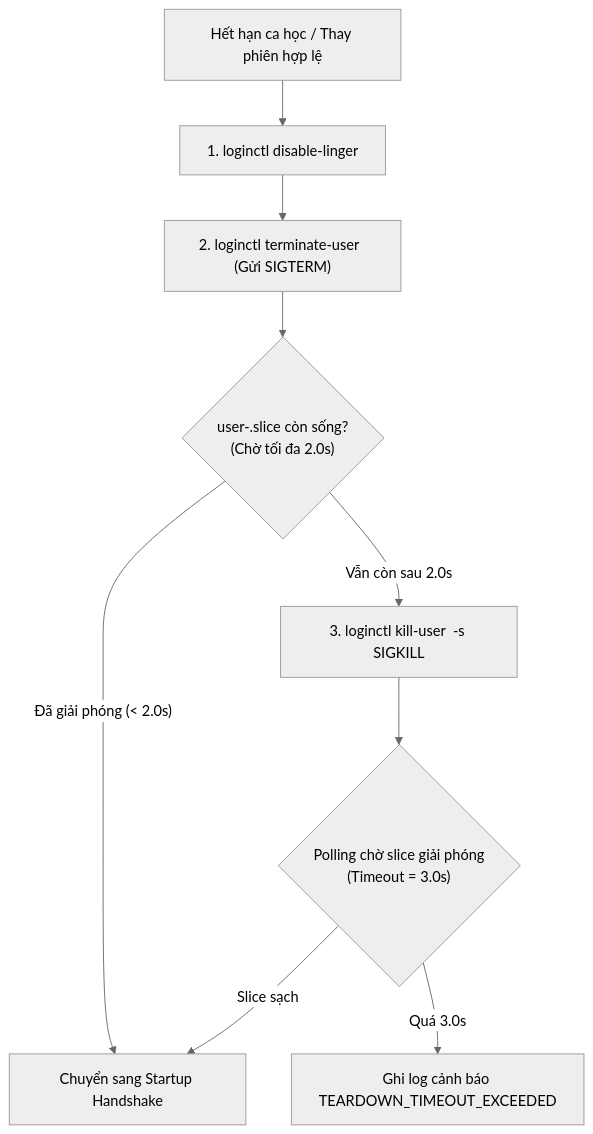
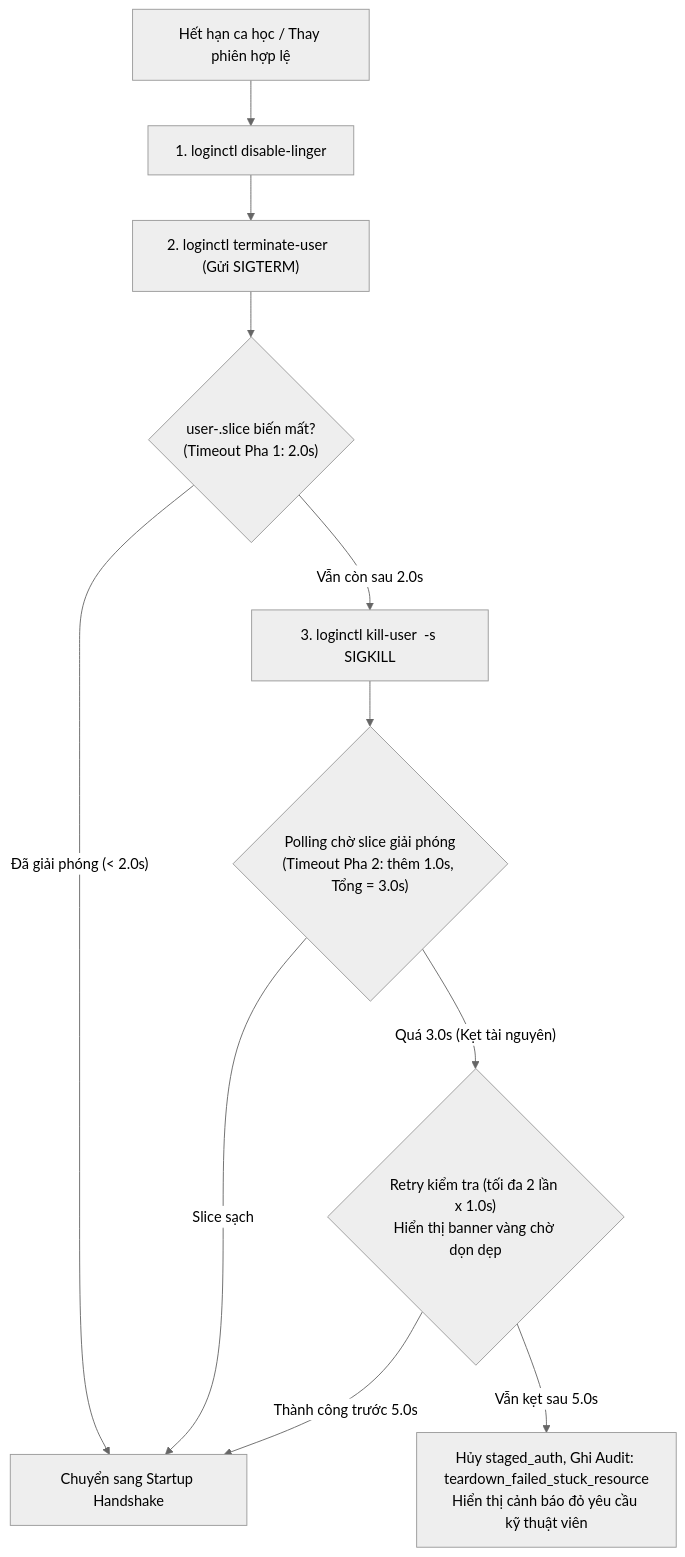
The diagram in design/docs/06-architecture/decisions/ADR-008-vong-doi-phien-va-teardown-da-pha.md (binhtoong21/linux-access-control), drawn with Mermaid (neutral theme) before and after one commit. The commit also changed other lines of this file and 15 other files, not shown here.

````diff
--- a/design/docs/06-architecture/decisions/ADR-008-vong-doi-phien-va-teardown-da-pha.md
+++ b/design/docs/06-architecture/decisions/ADR-008-vong-doi-phien-va-teardown-da-pha.md
@@ -77,11 +77,13 @@
 ```mermaid
 flowchart TD
     Start["Hết hạn ca học / Thay phiên hợp lệ"] --> Step1["1. loginctl disable-linger <username>"]
     Step1 --> Step2["2. loginctl terminate-user <username> (Gửi SIGTERM)"]
-    Step2 --> Poll1{"user-<UID>.slice còn sống?<br>(Chờ tối đa 2.0s)"}
+    Step2 --> Poll1{"user-<UID>.slice biến mất?<br>(Timeout Pha 1: 2.0s)"}
     Poll1 -- "Đã giải phóng (< 2.0s)" --> Handshake["Chuyển sang Startup Handshake"]
     Poll1 -- "Vẫn còn sau 2.0s" --> Step3["3. loginctl kill-user <username> -s SIGKILL"]
-    Step3 --> Poll2{"Polling chờ slice giải phóng<br>(Timeout = 3.0s)"}
+    Step3 --> Poll2{"Polling chờ slice giải phóng<br>(Timeout Pha 2: thêm 1.0s, Tổng = 3.0s)"}
     Poll2 -- "Slice sạch" --> Handshake
-    Poll2 -- "Quá 3.0s" --> Alarm["Ghi log cảnh báo TEARDOWN_TIMEOUT_EXCEEDED"]
+    Poll2 -- "Quá 3.0s (Kẹt tài nguyên)" --> Retry{"Retry kiểm tra (tối đa 2 lần x 1.0s)<br>Hiển thị banner vàng chờ dọn dẹp"}
+    Retry -- "Thành công trước 5.0s" --> Handshake
+    Retry -- "Vẫn kẹt sau 5.0s" --> Alarm["Hủy staged_auth, Ghi Audit: teardown_failed_stuck_resource<br>Hiển thị cảnh báo đỏ yêu cầu kỹ thuật viên"]
 ```
````
